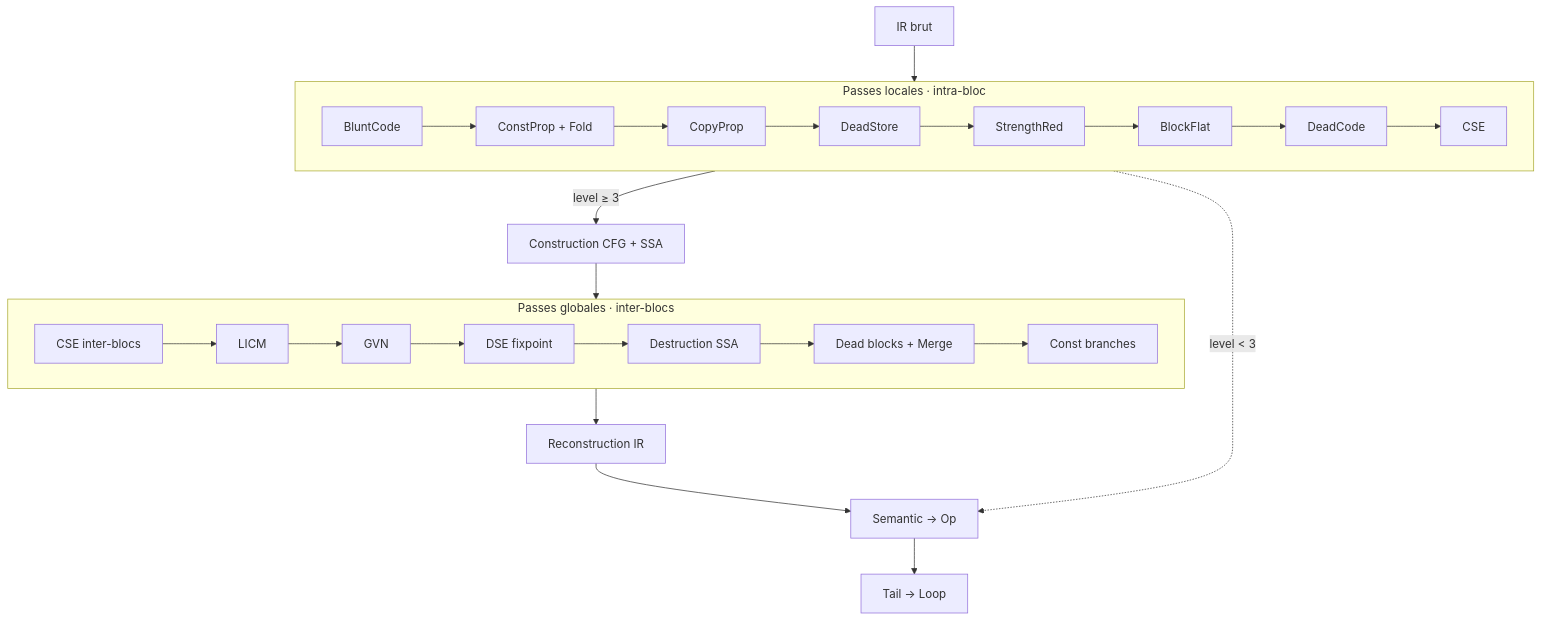
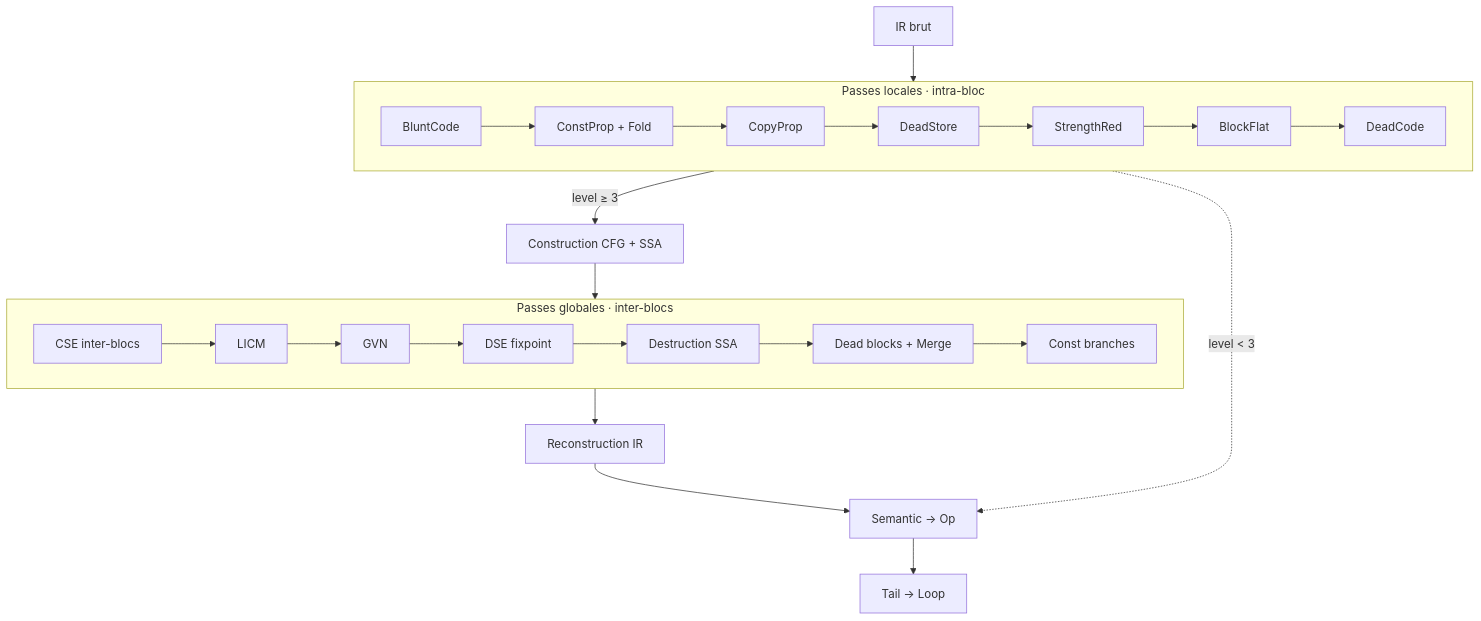
Before and after one commit to aristofor/catnip: the diagram in docs/dev/OPTIMIZATIONS.md, drawn with Mermaid. The commit also changed other lines of this file and 729 other files, not shown here.

````diff
--- a/docs/dev/OPTIMIZATIONS.md
+++ b/docs/dev/OPTIMIZATIONS.md
@@ -153,35 +156,34 @@
 ```mermaid
 flowchart TD
     IR["IR brut"]
 
     subgraph LOCAL["Passes locales · intra-bloc"]
         B1["BluntCode"]
         B2["ConstProp + Fold"]
         B3["CopyProp"]
         B4["DeadStore"]
         B5["StrengthRed"]
         B6["BlockFlat"]
         B7["DeadCode"]
-        B8["CSE"]
-        B1 --> B2 --> B3 --> B4 --> B5 --> B6 --> B7 --> B8
+        B1 --> B2 --> B3 --> B4 --> B5 --> B6 --> B7
     end
 
     subgraph GLOBAL["Passes globales · inter-blocs"]
         G1["CSE inter-blocs"]
         G2["LICM"]
         G3["GVN"]
         G4["DSE fixpoint"]
         G5["Destruction SSA"]
         G6["Dead blocks + Merge"]
         G7["Const branches"]
         G1 --> G2 --> G3 --> G4 --> G5 --> G6 --> G7
     end
 
     IR --> LOCAL
     LOCAL -->|"level ≥ 3"| BUILD["Construction CFG + SSA"]
     BUILD --> GLOBAL
     GLOBAL --> RECON["Reconstruction IR"]
     LOCAL -.->|"level < 3"| SEM
     RECON --> SEM["Semantic → Op"]
     SEM --> TAIL["Tail → Loop"]
 ```
````
